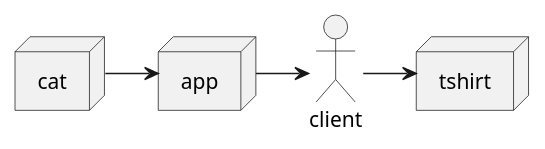
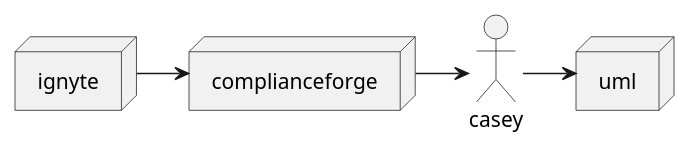
The diagram in ignyteforge-uml.iuml (Ignyte-Assurance-Platform/UML), drawn with PlantUML before and after one commit.

```diff
--- a/ignyteforge-uml.iuml
+++ b/ignyteforge-uml.iuml
@@ -1,10 +1,10 @@
 @startuml
-actor client
-node app
-node cat
-node tshirt
+actor casey
+node complianceforge
+node ignyte
+node uml
 
-cat -> app
-app -> client
-client -> tshirt
+ignyte -> complianceforge
+complianceforge -> casey
+casey -> uml
 @enduml
```
